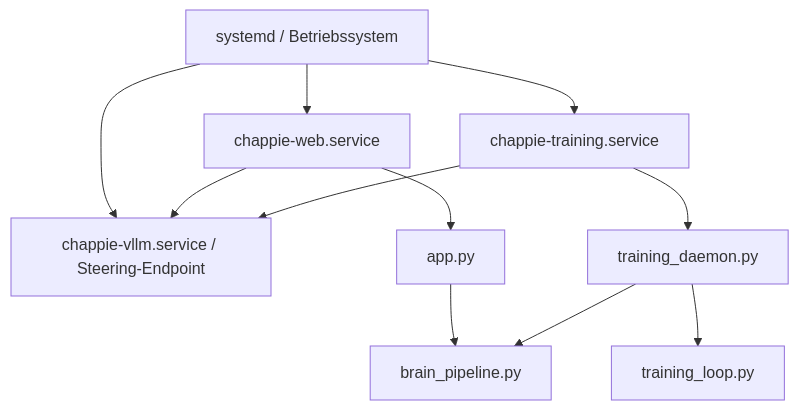
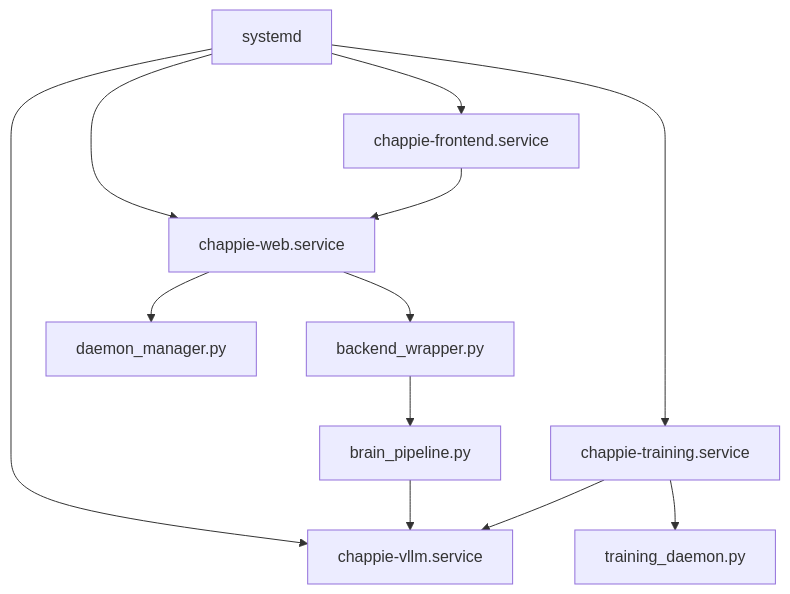
The diagram in docs/deployment.md (017pixel/CHAPPiE), drawn with Mermaid before and after one commit. The commit also changed other lines of this file and 98 other files, not shown here.

````diff
--- a/docs/deployment.md
+++ b/docs/deployment.md
@@ -34,13 +41,14 @@
 ```mermaid
 flowchart TD
-    SYS[systemd / Betriebssystem] --> VLLM[chappie-vllm.service / Steering-Endpoint]
-    SYS[systemd / Betriebssystem] --> WEB[chappie-web.service]
-    SYS --> TRAIN[chappie-training.service]
-    WEB --> VLLM
+    SYS["systemd"] --> VLLM["chappie-vllm.service"]
+    SYS --> API["chappie-web.service"]
+    SYS --> FE["chappie-frontend.service"]
+    SYS --> TRAIN["chappie-training.service"]
+    FE --> API
+    API --> BW["backend_wrapper.py"]
+    BW --> BP["brain_pipeline.py"]
+    API --> TD["daemon_manager.py"]
+    TRAIN --> TD2["training_daemon.py"]
+    BP --> VLLM
     TRAIN --> VLLM
-    WEB --> APP[app.py]
-    TRAIN --> TD[training_daemon.py]
-    TD --> LOOP[training_loop.py]
-    APP --> BP[brain_pipeline.py]
-    TD --> BP
 ```
````
